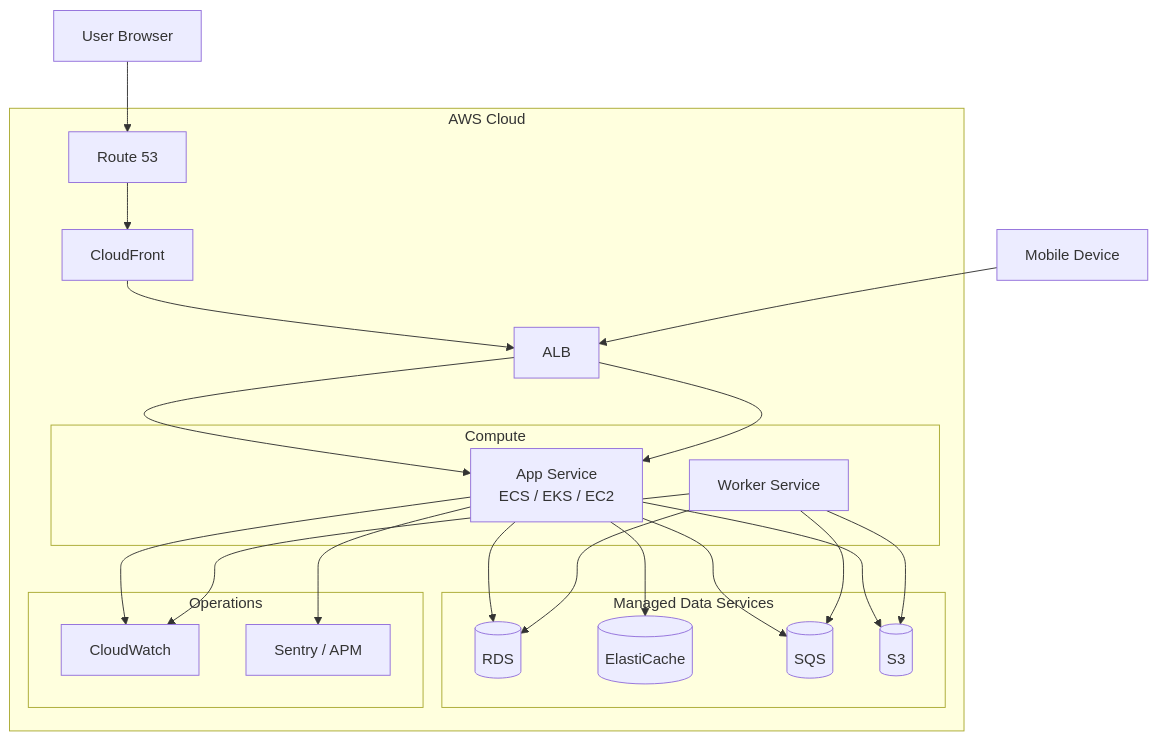
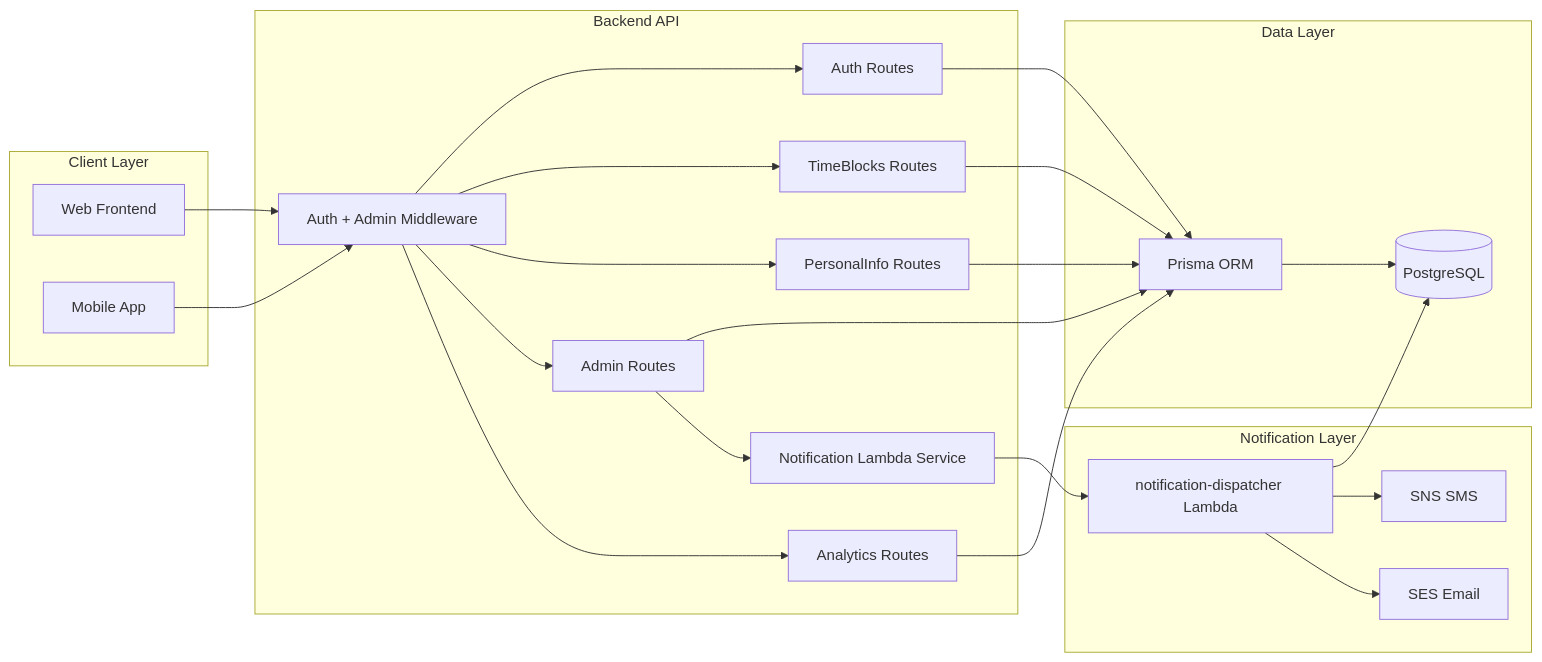
Before and after one commit to Hikaru2035/student-timetable: the third of 8 diagrams in diagram.md, drawn with Mermaid. The commit also changed other lines of this file, not shown here.

First line of the commit message:
Revise architecture diagrams for student timetable system

````diff
--- a/diagram.md
+++ b/diagram.md
@@ -241,41 +122,48 @@
 ```mermaid
-flowchart TB
-    Device1[User Browser]
-    Device2[Mobile Device]
-
-    subgraph AWS[AWS Cloud]
-        DNS[Route 53]
-        CDN[CloudFront]
-        ALB[ALB]
-
-        subgraph Compute[Compute]
-            AppNode[App Service\nECS / EKS / EC2]
-            WorkerNode[Worker Service]
-        end
-
-        subgraph DataServices[Managed Data Services]
-            DB[(RDS)]
-            Redis[(ElastiCache)]
-            SQS[(SQS)]
-            S3[(S3)]
-        end
-
-        subgraph Ops[Operations]
-            CW[CloudWatch]
-            Sentry[Sentry / APM]
-        end
+flowchart LR
+    subgraph ClientLayer[Client Layer]
+        Web[Web Frontend]
+        Mobile[Mobile App]
     end
 
-    Device1 --> DNS --> CDN --> ALB --> AppNode
-    Device2 --> ALB --> AppNode
-    AppNode --> DB
-    AppNode --> Redis
-    AppNode --> SQS
-    AppNode --> S3
-    WorkerNode --> SQS
-    WorkerNode --> DB
-    WorkerNode --> S3
-    AppNode --> CW
-    WorkerNode --> CW
-    AppNode --> Sentry
+    subgraph BackendLayer[Backend API]
+        Auth[Auth Routes]
+        TimeBlocks[TimeBlocks Routes]
+        PersonalInfo[PersonalInfo Routes]
+        Admin[Admin Routes]
+        Analytics[Analytics Routes]
+        Middleware[Auth + Admin Middleware]
+        LambdaSvc[Notification Lambda Service]
+    end
+
+    subgraph DataLayer[Data Layer]
+        Prisma[Prisma ORM]
+        PG[(PostgreSQL)]
+    end
+
+    subgraph NotifyLayer[Notification Layer]
+        Lambda[notification-dispatcher Lambda]
+        SNS[SNS SMS]
+        SES[SES Email]
+    end
+
+    Web --> Middleware
+    Mobile --> Middleware
+    Middleware --> Auth
+    Middleware --> TimeBlocks
+    Middleware --> PersonalInfo
+    Middleware --> Admin
+    Middleware --> Analytics
+
+    Auth --> Prisma
+    TimeBlocks --> Prisma
+    PersonalInfo --> Prisma
+    Admin --> Prisma
+    Analytics --> Prisma
+    Prisma --> PG
+
+    Admin --> LambdaSvc --> Lambda
+    Lambda --> PG
+    Lambda --> SNS
+    Lambda --> SES
 ```
````
